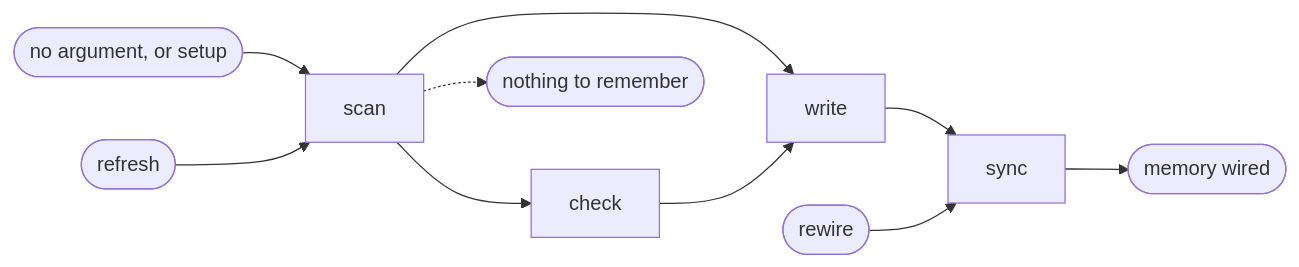
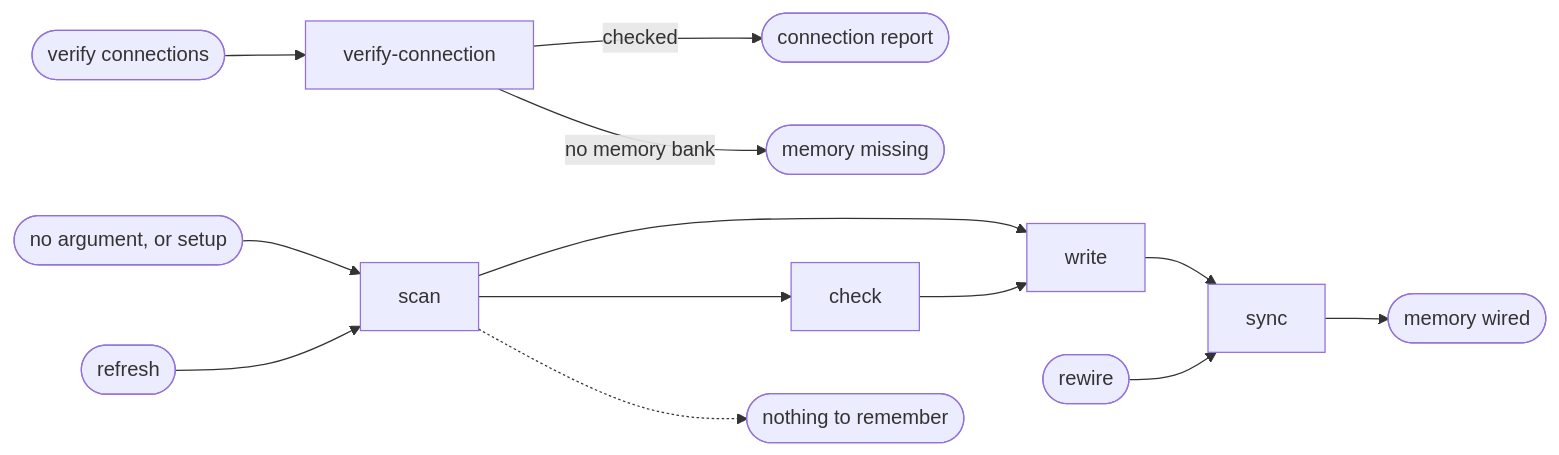
The diagram in plugins/aidd-context/skills/02-project-memory/SKILL.md (ai-driven-dev/framework), drawn with Mermaid before and after one commit. The commit also changed other lines of this file and 4 other files, not shown here.

Commit message:
feat(aidd-context): verify service connections from project memory

````diff
--- a/plugins/aidd-context/skills/02-project-memory/SKILL.md
+++ b/plugins/aidd-context/skills/02-project-memory/SKILL.md
@@ -9,7 +9,10 @@
 ```mermaid
 flowchart LR
   new([no argument, or setup]) --> scan --> write --> sync --> wired([memory wired])
   update([refresh]) --> scan --> check --> write
   rewire([rewire]) --> sync
+  connections([verify connections]) --> verify-connection
+  verify-connection -->|checked| reported([connection report])
+  verify-connection -->|no memory bank| missing([memory missing])
   scan -.-> empty([nothing to remember])
 ```
````
